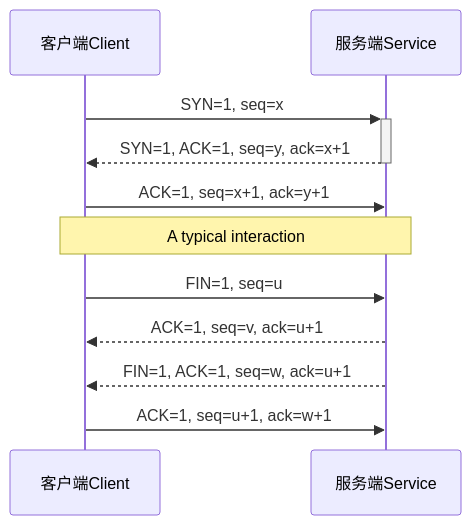
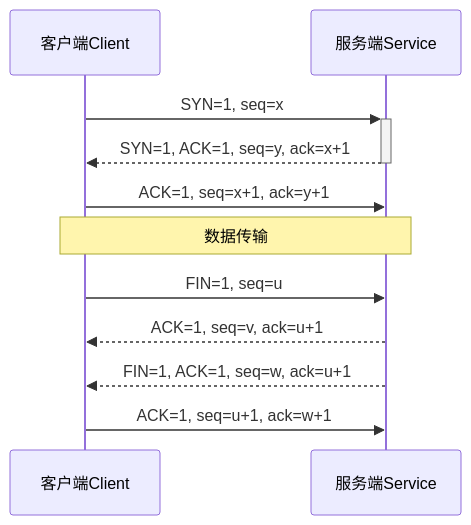
One commit to miniwater/mkdocs changed the diagram in docs/编程开发/Http.md. Above: the diagram before and after it, drawn with Mermaid. The commit also changed other lines of this file, not shown here.

````diff
--- a/docs/编程开发/Http.md
+++ b/docs/编程开发/Http.md
@@ -371,13 +371,13 @@
 ```mermaid
 sequenceDiagram
 	participant C as 客户端Client
     participant S as 服务端Service
     C->>+S: SYN=1, seq=x
     S-->>-C: SYN=1, ACK=1, seq=y, ack=x+1
     C->>S: ACK=1, seq=x+1, ack=y+1
-	Note over C,S: A typical interaction
+	Note over C,S: 数据传输
 	C->>S: FIN=1, seq=u
 	S-->>C: ACK=1, seq=v, ack=u+1
 	S-->>C: FIN=1, ACK=1, seq=w, ack=u+1
 	C->>S: ACK=1, seq=u+1, ack=w+1
 ```
````
